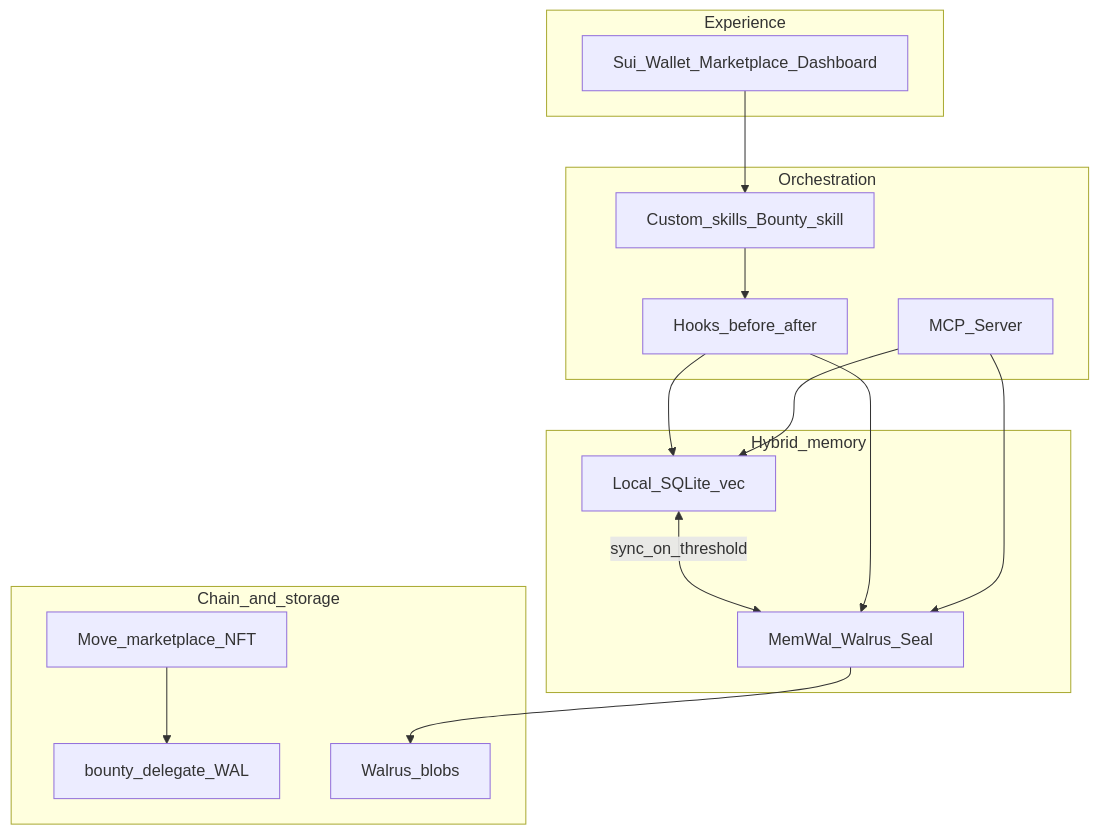
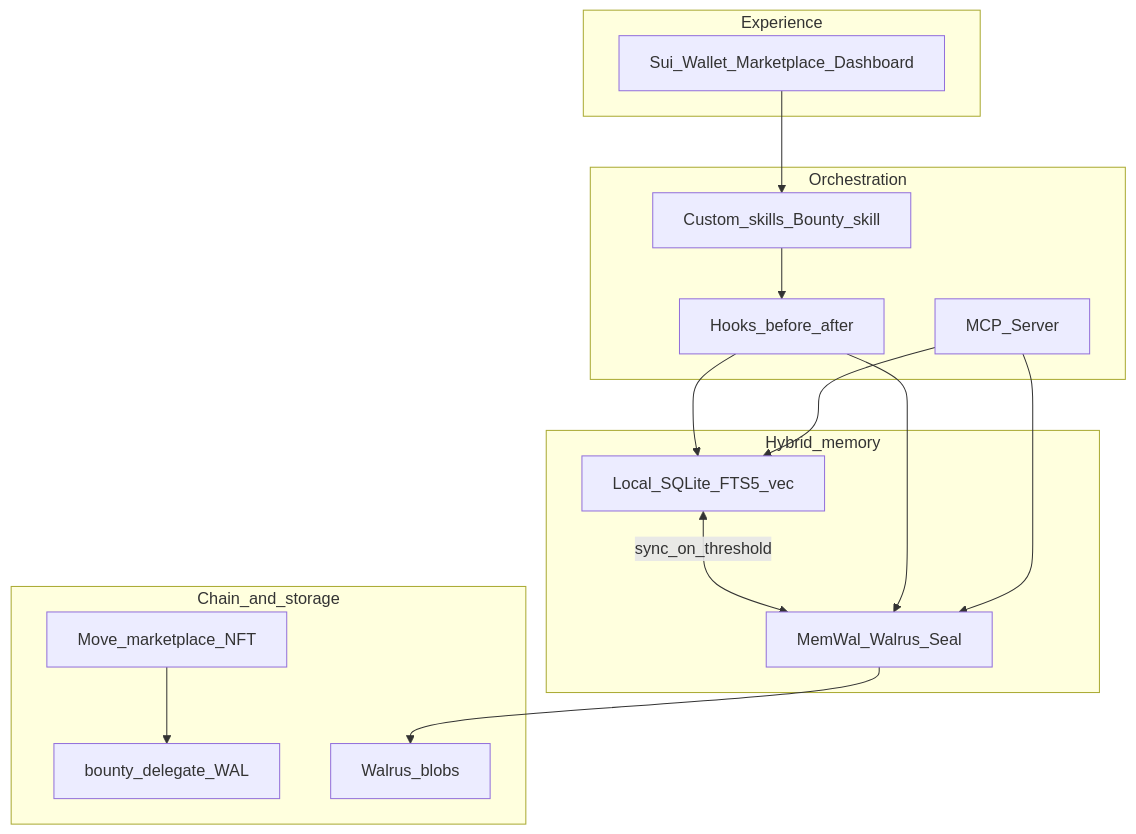
The diagram in README.md (Olympusxvn/memwal-agent-memory), drawn with Mermaid before and after one commit. The commit also changed other lines of this file and 11 other files, not shown here.

````diff
--- a/README.md
+++ b/README.md
@@ -252,29 +228,29 @@
 ```mermaid
 flowchart TB
   subgraph L1 [Experience]
     UI[Sui_Wallet_Marketplace_Dashboard]
   end
   subgraph L2 [Orchestration]
     SK[Custom_skills_Bounty_skill]
     HK[Hooks_before_after]
     MCP[MCP_Server]
   end
   subgraph L3 [Hybrid_memory]
-    LO[Local_SQLite_vec]
+    LO[Local_SQLite_FTS5_vec]
     DU[MemWal_Walrus_Seal]
     LO <-->|sync_on_threshold| DU
   end
   subgraph L4 [Chain_and_storage]
     MV[Move_marketplace_NFT]
     BO[bounty_delegate_WAL]
     W[Walrus_blobs]
   end
   UI --> SK
   SK --> HK
   HK --> LO
   HK --> DU
   MCP --> LO
   MCP --> DU
   DU --> W
   MV --> BO
 ```
````
